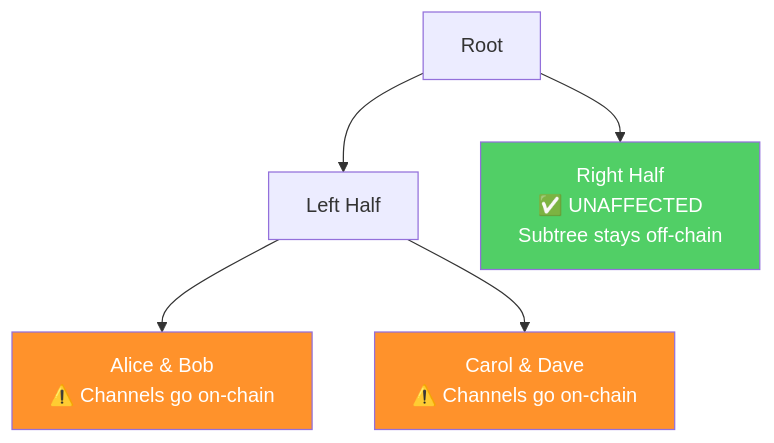
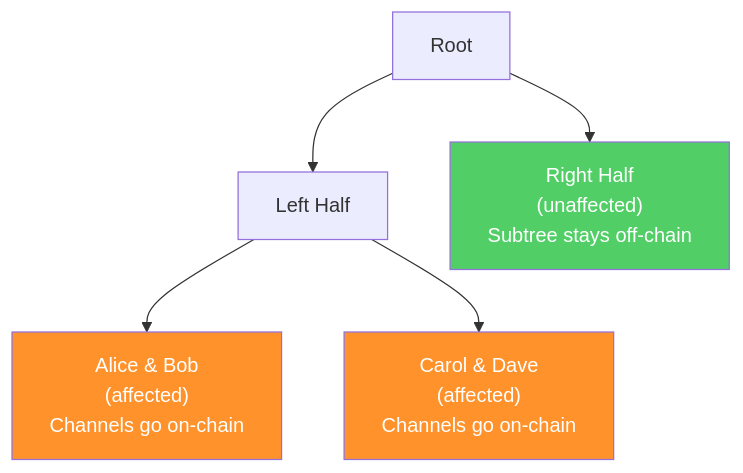
One commit to 8144225309/superscalar-docs changed the third of 3 diagrams in how-it-works/force-close.md. Above: the diagram before and after it, drawn with Mermaid. The commit also changed other lines of this file and 31 other files, not shown here.

````diff
--- a/how-it-works/force-close.md
+++ b/how-it-works/force-close.md
@@ -85,12 +85,12 @@
 ```mermaid
 graph TD
     R["Root"] --> L["Left Half"]
-    R --> Ri["Right Half<br/>✅ UNAFFECTED<br/>Subtree stays off-chain"]
+    R --> Ri["Right Half<br/>(unaffected)<br/>Subtree stays off-chain"]
 
-    L --> LL["Alice & Bob<br/>⚠️ Channels go on-chain"]
-    L --> LR["Carol & Dave<br/>⚠️ Channels go on-chain"]
+    L --> LL["Alice & Bob<br/>(affected)<br/>Channels go on-chain"]
+    L --> LR["Carol & Dave<br/>(affected)<br/>Channels go on-chain"]
 
     style Ri fill:#51cf66,color:#fff
     style LL fill:#ff922b,color:#fff
     style LR fill:#ff922b,color:#fff
 ```
````
